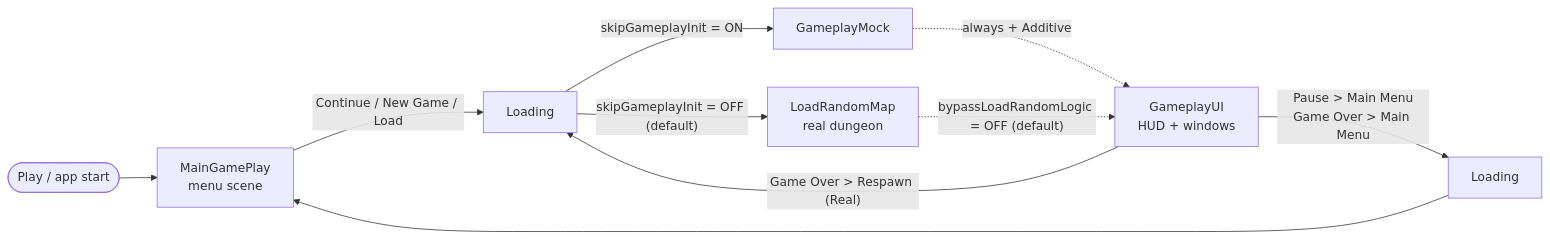
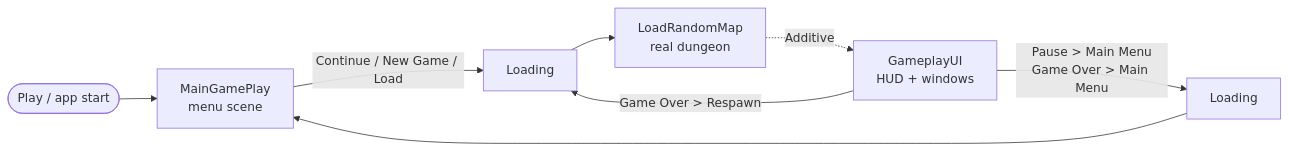
The first of 3 diagrams in docs/ui/ui-ux-flow.md (kay6198835/Game-RPG), drawn with Mermaid before and after one commit. The commit also changed other lines of this file and 53 other files, not shown here.

First line of the commit message:
refactor(ui): remove UIFlow mock data and test-only flow

````diff
--- a/docs/ui/ui-ux-flow.md
+++ b/docs/ui/ui-ux-flow.md
@@ -44,11 +48,9 @@
 ```mermaid
 flowchart LR
     Boot([Play / app start]) --> MGP[MainGamePlay<br/>menu scene]
     MGP -- "Continue / New Game / Load" --> L1[Loading]
-    L1 -- "skipGameplayInit = OFF (default)" --> Real[LoadRandomMap<br/>real dungeon]
-    L1 -- "skipGameplayInit = ON" --> Mock[GameplayMock]
-    Mock -. "always + Additive" .-> GUI[GameplayUI<br/>HUD + windows]
-    Real -. "bypassLoadRandomLogic = OFF (default)" .-> GUI
+    L1 --> Real[LoadRandomMap<br/>real dungeon]
+    Real -. "Additive" .-> GUI[GameplayUI<br/>HUD + windows]
     GUI -- "Pause > Main Menu<br/>Game Over > Main Menu" --> L2[Loading] --> MGP
-    GUI -- "Game Over > Respawn (Real)" --> L1
+    GUI -- "Game Over > Respawn" --> L1
 ```
````
